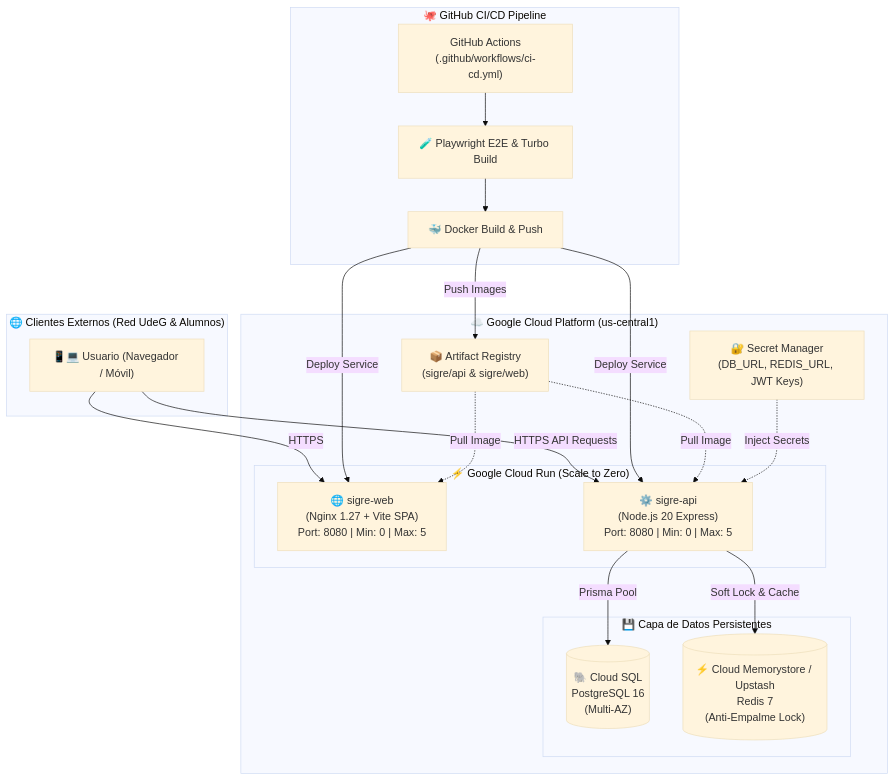
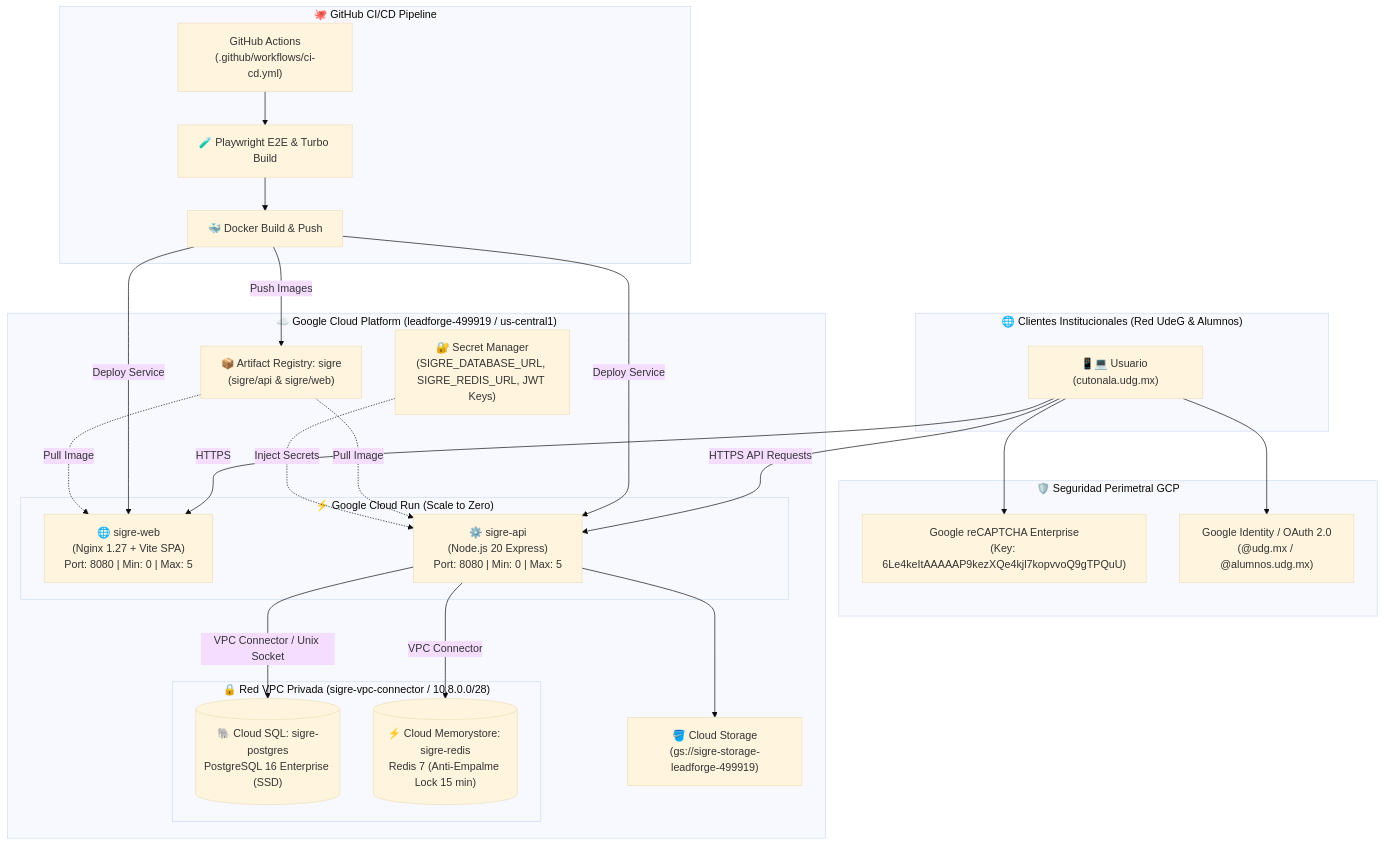
The diagram in docs/arquitectura/DESPLIEGUE_GCP.md (ErnestoFM/Inversion), drawn with Mermaid (base theme) before and after one commit. The commit also changed 3 other files, not shown here.

Commit message:
feat(infra): aprovisionamiento 100% nativo gcp completado (cloud sql, memorystore, secret manager, vpc connector y ci/cd)

````diff
--- a/docs/arquitectura/DESPLIEGUE_GCP.md
+++ b/docs/arquitectura/DESPLIEGUE_GCP.md
@@ -9,39 +9,48 @@
 ```mermaid
 flowchart TD
-    subgraph Internet ["🌐 Clientes Externos (Red UdeG & Alumnos)"]
-        User["📱💻 Usuario (Navegador / Móvil)"]
+    subgraph Internet ["🌐 Clientes Institucionales (Red UdeG & Alumnos)"]
+        User["📱💻 Usuario (cutonala.udg.mx)"]
+    end
+
+    subgraph SecurityTier ["🛡️ Seguridad Perimetral GCP"]
+        Recaptcha["Google reCAPTCHA Enterprise\n(Key: 6Le4keItAAAAAP9kezXQe4kjl7kopvvoQ9gTPQuU)"]
+        OAuth["Google Identity / OAuth 2.0\n(@udg.mx / @alumnos.udg.mx)"]
     end
 
     subgraph GitHub ["🐙 GitHub CI/CD Pipeline"]
         GHA["GitHub Actions\n(.github/workflows/ci-cd.yml)"]
         GHA_Test["🧪 Playwright E2E & Turbo Build"]
         GHA_Build["🐳 Docker Build & Push"]
         GHA --> GHA_Test --> GHA_Build
     end
 
-    subgraph GCP ["☁️ Google Cloud Platform (us-central1)"]
-        AR["📦 Artifact Registry\n(sigre/api & sigre/web)"]
-        SM["🔐 Secret Manager\n(DB_URL, REDIS_URL, JWT Keys)"]
+    subgraph GCP ["☁️ Google Cloud Platform (leadforge-499919 / us-central1)"]
+        AR["📦 Artifact Registry: sigre\n(sigre/api & sigre/web)"]
+        SM["🔐 Secret Manager\n(SIGRE_DATABASE_URL, SIGRE_REDIS_URL, JWT Keys)"]
+        GCS["🪣 Cloud Storage\n(gs://sigre-storage-leadforge-499919)"]
 
         subgraph Serverless ["⚡ Google Cloud Run (Scale to Zero)"]
             WebRun["🌐 sigre-web\n(Nginx 1.27 + Vite SPA)\nPort: 8080 | Min: 0 | Max: 5"]
             ApiRun["⚙️ sigre-api\n(Node.js 20 Express)\nPort: 8080 | Min: 0 | Max: 5"]
         end
 
-        subgraph DataTier ["💾 Capa de Datos Persistentes"]
-            CloudSQL[("🐘 Cloud SQL\nPostgreSQL 16\n(Multi-AZ)")]
-            Redis[("⚡ Cloud Memorystore / Upstash\nRedis 7\n(Anti-Empalme Lock)")]
+        subgraph PrivateVPC ["🔒 Red VPC Privada (sigre-vpc-connector / 10.8.0.0/28)"]
+            CloudSQL[("🐘 Cloud SQL: sigre-postgres\nPostgreSQL 16 Enterprise (SSD)")]
+            Redis[("⚡ Cloud Memorystore: sigre-redis\nRedis 7 (Anti-Empalme Lock 15 min)")]
         end
     end
 
+    User --> Recaptcha
+    User --> OAuth
     User -->|HTTPS| WebRun
     User -->|HTTPS API Requests| ApiRun
     GHA_Build -->|Push Images| AR
     GHA_Build -->|Deploy Service| ApiRun
     GHA_Build -->|Deploy Service| WebRun
     AR -.->|Pull Image| WebRun
     AR -.->|Pull Image| ApiRun
     SM -.->|Inject Secrets| ApiRun
-    ApiRun -->|Prisma Pool| CloudSQL
-    ApiRun -->|Soft Lock & Cache| Redis
+    ApiRun --> GCS
+    ApiRun -->|VPC Connector / Unix Socket| CloudSQL
+    ApiRun -->|VPC Connector| Redis
 ```
````
